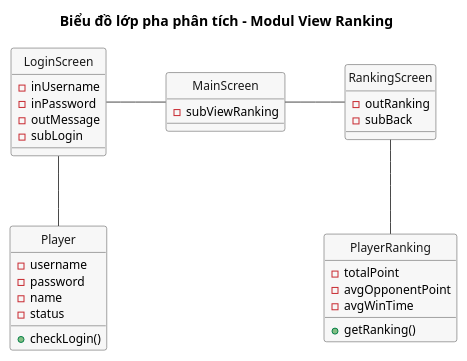
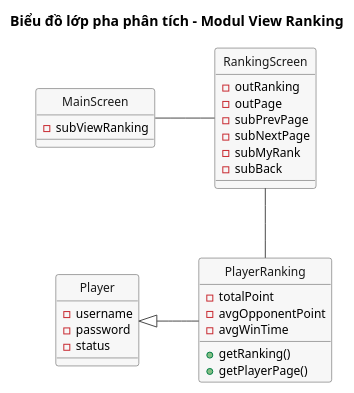
One commit to VattenL/mobile-pikachu changed the diagram in docs/uml/pha2/class-analysis-m2.puml. Above: the diagram before and after it, drawn with PlantUML. The commit also changed 56 other files, not shown here.

First line of the commit message:
docs: guests, lobby screen, ranking pages and rematch wording

```diff
--- a/docs/uml/pha2/class-analysis-m2.puml
+++ b/docs/uml/pha2/class-analysis-m2.puml
@@ -1,56 +1,50 @@
 @startuml class-analysis-m2
 title Biểu đồ lớp pha phân tích - Modul View Ranking
 
 hide circle
 skinparam shadowing false
 skinparam linetype ortho
 skinparam nodesep 60
 skinparam ranksep 70
 skinparam classFontSize 14
 skinparam classAttributeFontSize 12
 skinparam class {
   BackgroundColor #F7F7F7
   BorderColor #4A4A4A
   ArrowColor #4A4A4A
   FontColor #1A1A1A
 }
 
 ' ===== Tang 1: lop bien =====
-class LoginScreen {
-  - inUsername
-  - inPassword
-  - outMessage
-  - subLogin
-}
-
 class MainScreen {
   - subViewRanking
 }
 
 class RankingScreen {
   - outRanking
+  - outPage
+  - subPrevPage
+  - subNextPage
+  - subMyRank
   - subBack
 }
 
 ' ===== Tang 2: lop thuc the =====
 class Player {
   - username
   - password
-  - name
   - status
-  + checkLogin()
 }
 
 class PlayerRanking {
   - totalPoint
   - avgOpponentPoint
   - avgWinTime
   + getRanking()
+  + getPlayerPage()
 }
 
-LoginScreen -right- MainScreen
 MainScreen -right- RankingScreen
-
-LoginScreen -down- Player
 RankingScreen -down- PlayerRanking
+PlayerRanking -left-|> Player
 @enduml
```
